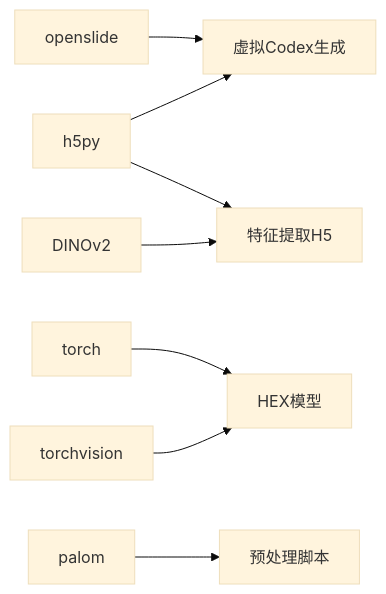
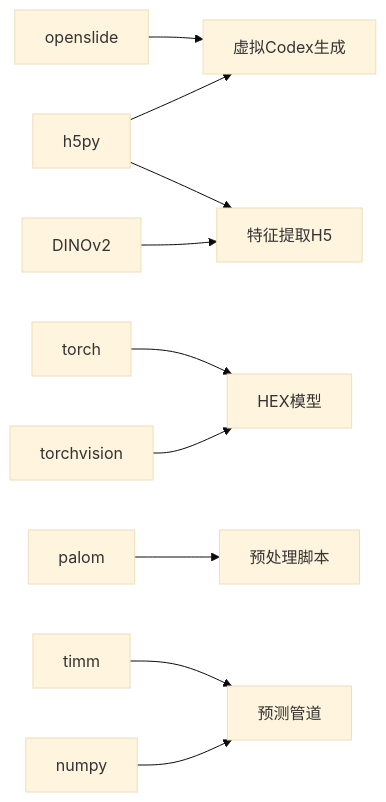
One commit to acproject/HEX changed the eighth of 8 diagrams in .qoder/repowiki/zh/content/虚拟Codex生成.md. Above: the diagram before and after it, drawn with Mermaid (base theme). The commit also changed other lines of this file and 7 other files, not shown here.

````diff
--- a/.qoder/repowiki/zh/content/虚拟Codex生成.md
+++ b/.qoder/repowiki/zh/content/虚拟Codex生成.md
@@ -288,10 +352,12 @@
 ```mermaid
 graph LR
 openslide["openslide"] --> VCF["虚拟Codex生成"]
 h5py["h5py"] --> VCF
 h5py --> FEAT["特征提取H5"]
 torch["torch"] --> HEX["HEX模型"]
 torchvision["torchvision"] --> HEX
 dinov2["DINOv2"] --> FEAT
 palom["palom"] --> PREP["预处理脚本"]
+timm["timm"] --> PIPE["预测管道"]
+numpy["numpy"] --> PIPE
 ```
````
